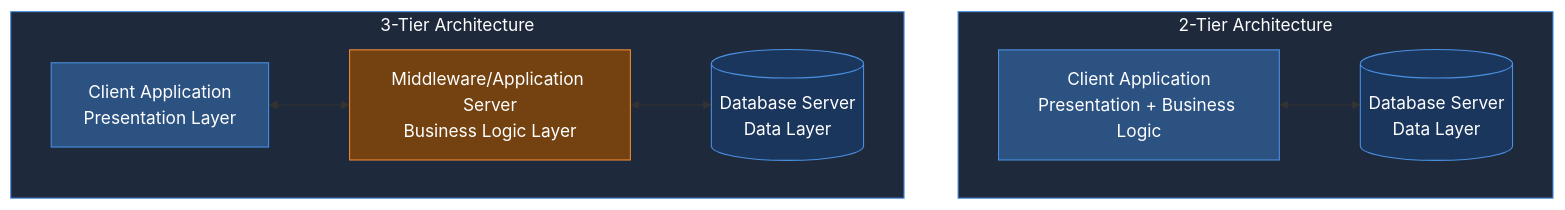
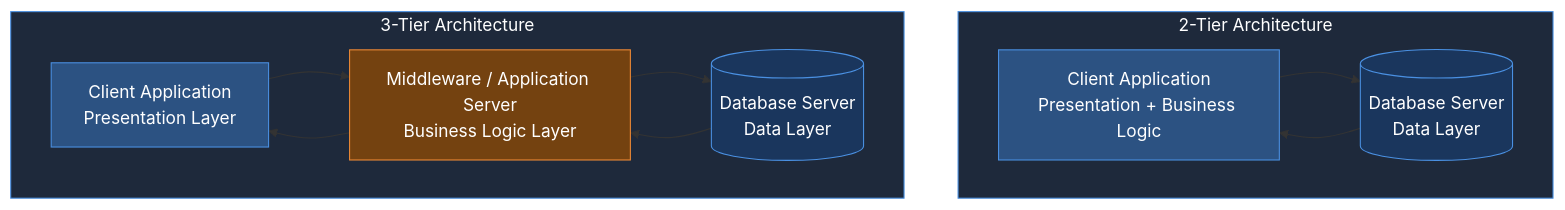
Before and after one commit to kintsugi-programmer/kintsugi-stack-dbms: the eighth of 39 diagrams in index.md, drawn with Mermaid. The commit also changed other lines of this file, not shown here.

````diff
--- a/index.md
+++ b/index.md
@@ -597,24 +597,27 @@
 ```mermaid
 flowchart TB
     subgraph TwoTier["2-Tier Architecture"]
         C1[Client Application<br/>Presentation + Business Logic]
         D1[(Database Server<br/>Data Layer)]
-        C1 <--> D1
+        C1 --> D1
+        D1 --> C1
     end
     
     subgraph ThreeTier["3-Tier Architecture"]
         C2[Client Application<br/>Presentation Layer]
-        M[Middleware/Application Server<br/>Business Logic Layer]
+        M[Middleware / Application Server<br/>Business Logic Layer]
         D2[(Database Server<br/>Data Layer)]
-        C2 <--> M
-        M <--> D2
+        C2 --> M
+        M --> C2
+        M --> D2
+        D2 --> M
     end
     
     style C1 fill:#2c5282,stroke:#4a90e2,color:#fff
     style D1 fill:#1a365d,stroke:#4a90e2,color:#fff
     style C2 fill:#2c5282,stroke:#4a90e2,color:#fff
     style M fill:#744210,stroke:#ed8936,color:#fff
     style D2 fill:#1a365d,stroke:#4a90e2,color:#fff
     style TwoTier fill:#1e293b,stroke:#4a90e2,color:#fff
     style ThreeTier fill:#1e293b,stroke:#4a90e2,color:#fff
 ```
````
